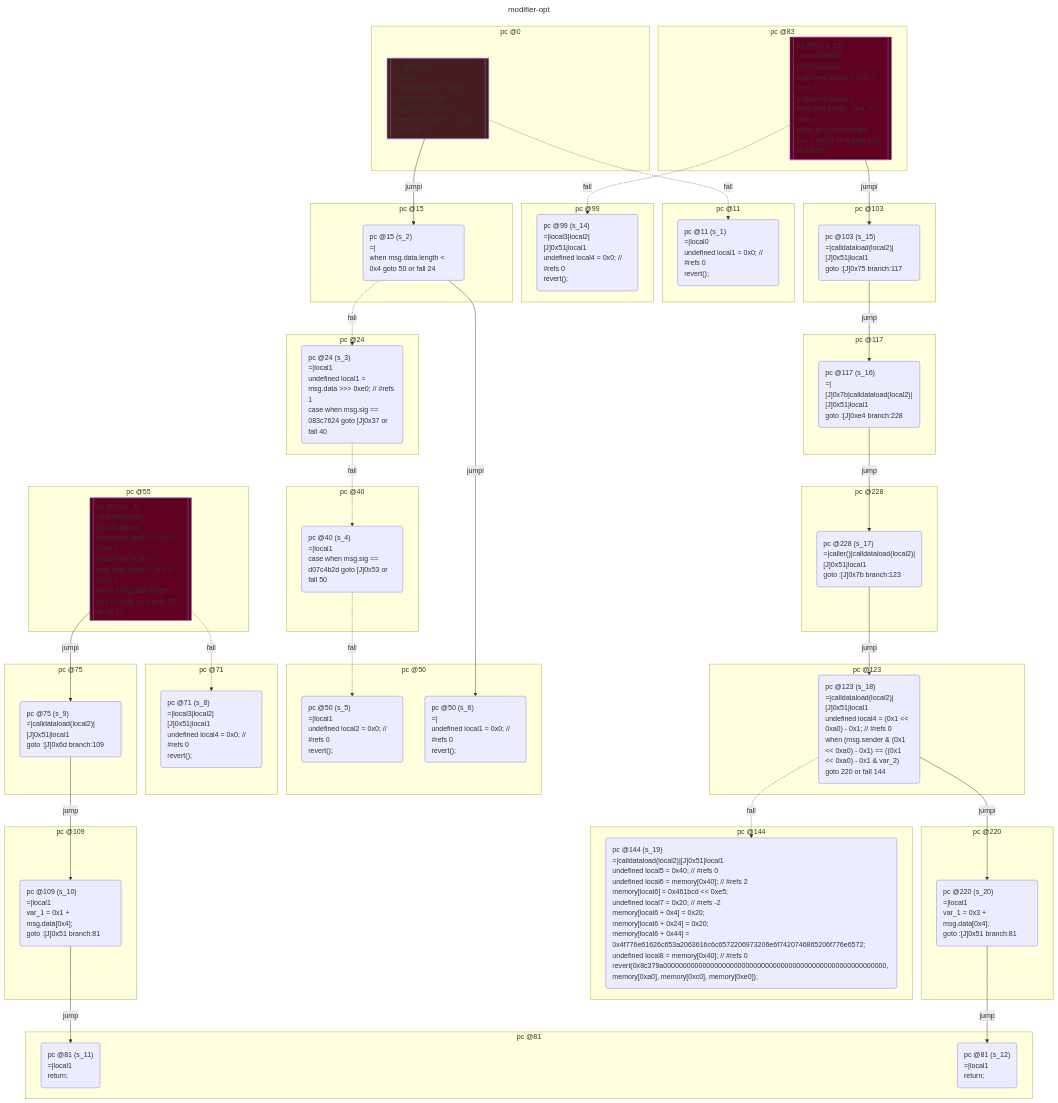
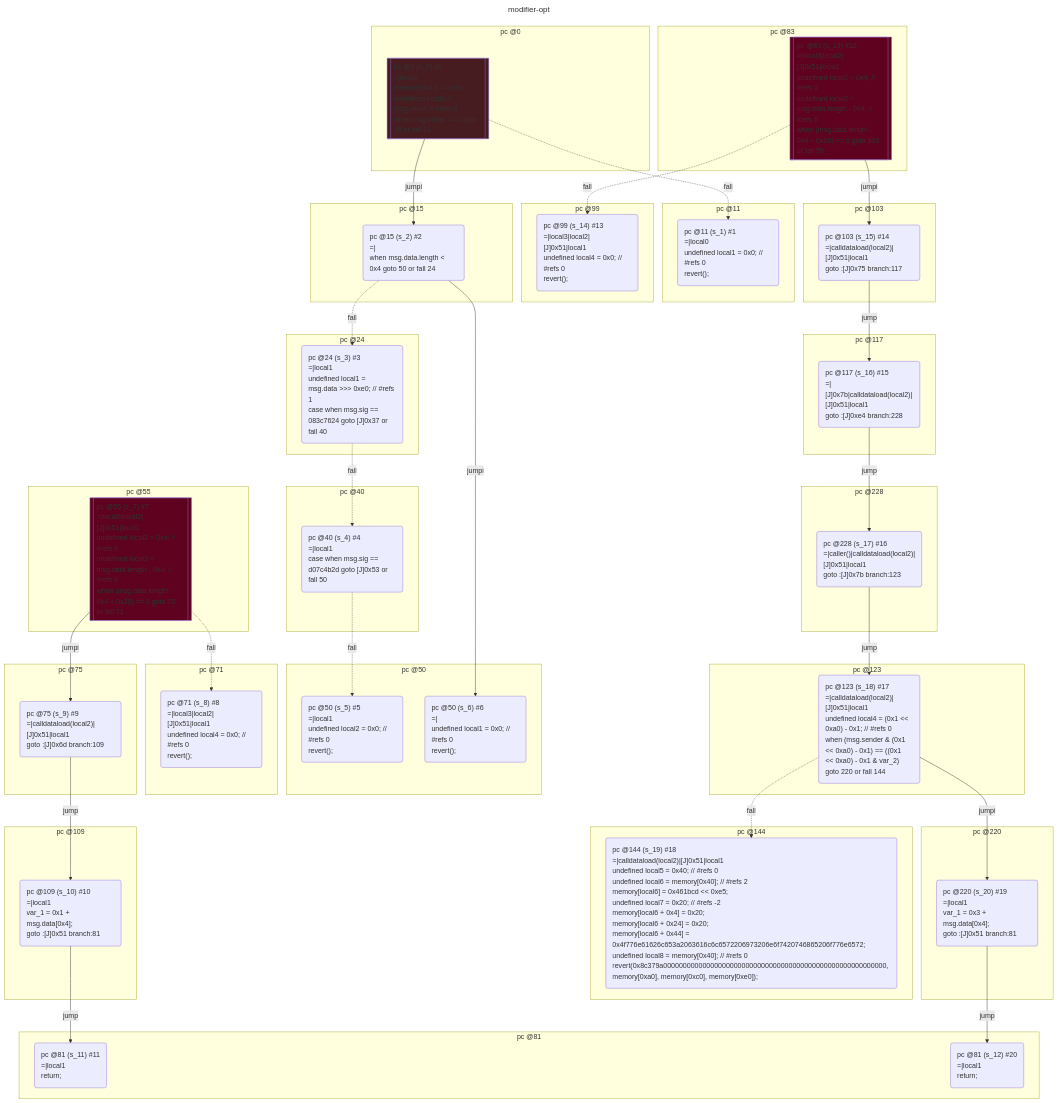
The second of 2 diagrams in test/__snapshots__/contracts/control/modifier.snap.md (acuarica/evm), drawn with Mermaid before and after one commit. The commit also changed other lines of this file and 18 other files, not shown here.

```diff
--- a/test/__snapshots__/contracts/control/modifier.snap.md
+++ b/test/__snapshots__/contracts/control/modifier.snap.md
@@ -396,7 +396,7 @@
 flowchart TD
   classDef state text-align:left
   subgraph cluster_0 ["pc @0"]
-    s_0[["pc @0 (s_0)
+    s_0[["pc @0 (s_0) #0
 =|local0
 memory[0x40] = 0x80;
 undefined local0 = msg.value; // #refs 0
@@ -406,7 +406,7 @@
     style s_0 fill:#471C21
   end
   subgraph cluster_11 ["pc @11"]
-    s_1("pc @11 (s_1)
+    s_1("pc @11 (s_1) #1
 =|local0
 undefined local1 = 0x0; // #refs 0
 revert();
@@ -414,14 +414,14 @@
     class s_1 state
   end
   subgraph cluster_15 ["pc @15"]
-    s_2("pc @15 (s_2)
+    s_2("pc @15 (s_2) #2
 =|
 when msg.data.length < 0x4 goto 50 or fall 24
 ")
     class s_2 state
   end
   subgraph cluster_24 ["pc @24"]
-    s_3("pc @24 (s_3)
+    s_3("pc @24 (s_3) #3
 =|local1
 undefined local1 = msg.data >>> 0xe0; // #refs 1
 case when msg.sig == 083c7624 goto [J]0x37 or fall 40
@@ -429,20 +429,20 @@
     class s_3 state
   end
   subgraph cluster_40 ["pc @40"]
-    s_4("pc @40 (s_4)
+    s_4("pc @40 (s_4) #4
 =|local1
 case when msg.sig == d07c4b2d goto [J]0x53 or fall 50
 ")
     class s_4 state
   end
   subgraph cluster_50 ["pc @50"]
-    s_5("pc @50 (s_5)
+    s_5("pc @50 (s_5) #5
 =|local1
 undefined local2 = 0x0; // #refs 0
 revert();
 ")
     class s_5 state
-    s_6("pc @50 (s_6)
+    s_6("pc @50 (s_6) #6
 =|
 undefined local1 = 0x0; // #refs 0
 revert();
@@ -450,7 +450,7 @@
     class s_6 state
   end
   subgraph cluster_55 ["pc @55"]
-    s_7[["pc @55 (s_7)
+    s_7[["pc @55 (s_7) #7
 =|local3|local2|[J]0x51|local1
 undefined local2 = 0x4; // #refs 0
 undefined local3 = msg.data.length - 0x4; // #refs 0
@@ -460,7 +460,7 @@
     style s_7 fill:#5F021F
   end
   subgraph cluster_71 ["pc @71"]
-    s_8("pc @71 (s_8)
+    s_8("pc @71 (s_8) #8
 =|local3|local2|[J]0x51|local1
 undefined local4 = 0x0; // #refs 0
 revert();
@@ -468,14 +468,14 @@
     class s_8 state
   end
   subgraph cluster_75 ["pc @75"]
-    s_9("pc @75 (s_9)
+    s_9("pc @75 (s_9) #9
 =|calldataload(local2)|[J]0x51|local1
 goto :[J]0x6d branch:109
 ")
     class s_9 state
   end
   subgraph cluster_109 ["pc @109"]
-    s_10("pc @109 (s_10)
+    s_10("pc @109 (s_10) #10
 =|local1
 var_1 = 0x1 + msg.data[0x4];
 goto :[J]0x51 branch:81
@@ -483,19 +483,19 @@
     class s_10 state
   end
   subgraph cluster_81 ["pc @81"]
-    s_11("pc @81 (s_11)
+    s_11("pc @81 (s_11) #11
 =|local1
 return;
 ")
     class s_11 state
-    s_12("pc @81 (s_12)
+    s_12("pc @81 (s_12) #20
 =|local1
 return;
 ")
     class s_12 state
   end
   subgraph cluster_83 ["pc @83"]
-    s_13[["pc @83 (s_13)
+    s_13[["pc @83 (s_13) #12
 =|local3|local2|[J]0x51|local1
 undefined local2 = 0x4; // #refs 0
 undefined local3 = msg.data.length - 0x4; // #refs 0
@@ -505,7 +505,7 @@
     style s_13 fill:#5F021F
   end
   subgraph cluster_99 ["pc @99"]
-    s_14("pc @99 (s_14)
+    s_14("pc @99 (s_14) #13
 =|local3|local2|[J]0x51|local1
 undefined local4 = 0x0; // #refs 0
 revert();
@@ -513,28 +513,28 @@
     class s_14 state
   end
   subgraph cluster_103 ["pc @103"]
-    s_15("pc @103 (s_15)
+    s_15("pc @103 (s_15) #14
 =|calldataload(local2)|[J]0x51|local1
 goto :[J]0x75 branch:117
 ")
     class s_15 state
   end
   subgraph cluster_117 ["pc @117"]
-    s_16("pc @117 (s_16)
+    s_16("pc @117 (s_16) #15
 =|[J]0x7b|calldataload(local2)|[J]0x51|local1
 goto :[J]0xe4 branch:228
 ")
     class s_16 state
   end
   subgraph cluster_228 ["pc @228"]
-    s_17("pc @228 (s_17)
+    s_17("pc @228 (s_17) #16
 =|caller()|calldataload(local2)|[J]0x51|local1
 goto :[J]0x7b branch:123
 ")
     class s_17 state
   end
   subgraph cluster_123 ["pc @123"]
-    s_18("pc @123 (s_18)
+    s_18("pc @123 (s_18) #17
 =|calldataload(local2)|[J]0x51|local1
 undefined local4 = (0x1 << 0xa0) - 0x1; // #refs 0
 when (msg.sender & (0x1 << 0xa0) - 0x1) == ((0x1 << 0xa0) - 0x1 & var_2) goto 220 or fall 144
@@ -542,7 +542,7 @@
     class s_18 state
   end
   subgraph cluster_144 ["pc @144"]
-    s_19("pc @144 (s_19)
+    s_19("pc @144 (s_19) #18
 =|calldataload(local2)|[J]0x51|local1
 undefined local5 = 0x40; // #refs 0
 undefined local6 = memory[0x40]; // #refs 2
@@ -557,7 +557,7 @@
     class s_19 state
   end
   subgraph cluster_220 ["pc @220"]
-    s_20("pc @220 (s_20)
+    s_20("pc @220 (s_20) #19
 =|local1
 var_1 = 0x3 + msg.data[0x4];
 goto :[J]0x51 branch:81
```
